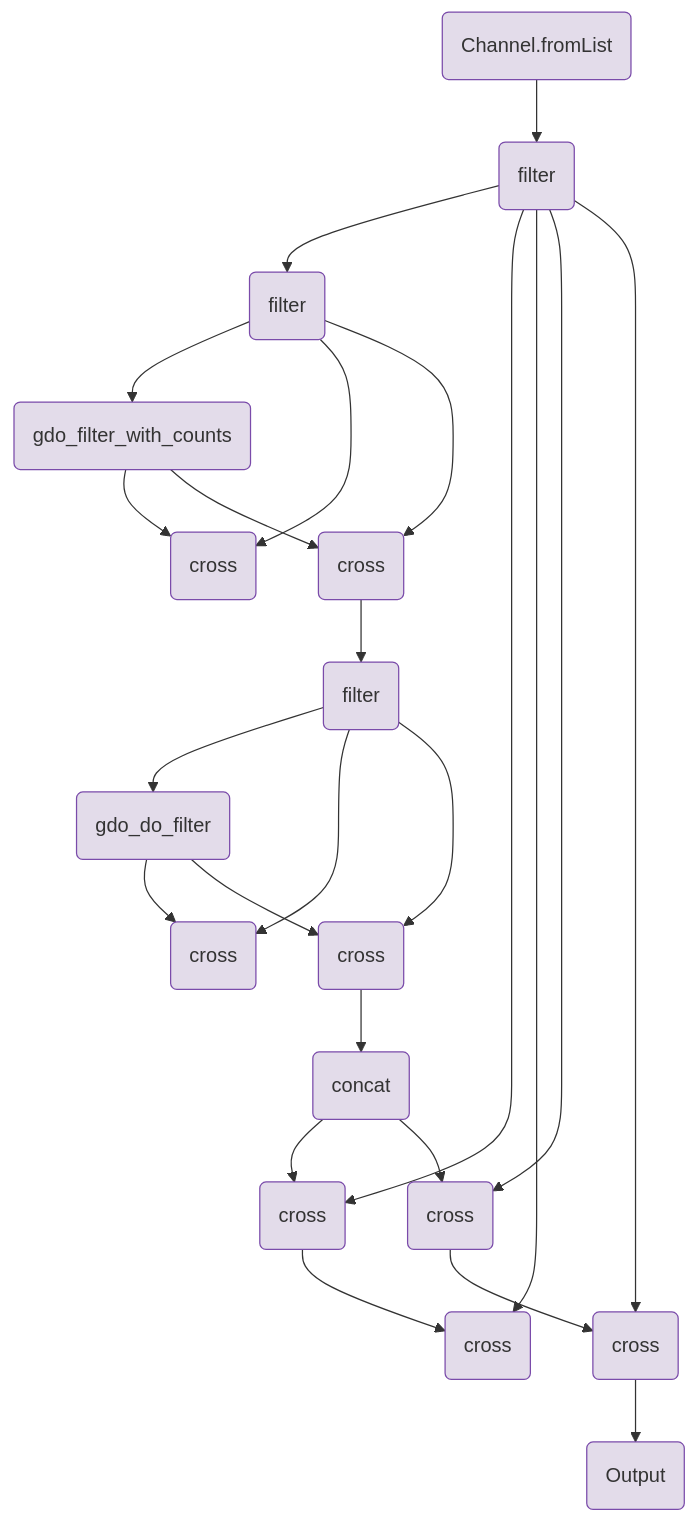
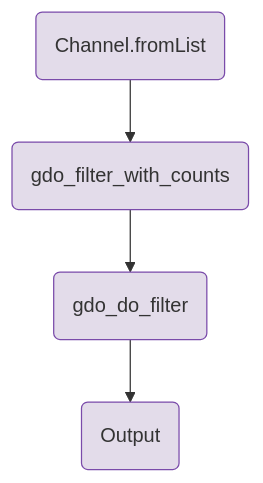
The diagram in components/workflows/gdo/gdo_singlesample.qmd (openpipelines-bio/website), drawn with Mermaid before and after one commit. The commit also changed other lines of this file and 144 other files, not shown here.

````diff
--- a/components/workflows/gdo/gdo_singlesample.qmd
+++ b/components/workflows/gdo/gdo_singlesample.qmd
@@ -113,59 +111,15 @@
 ```{mermaid}
 flowchart TB
     v0(Channel.fromList)
-    v2(filter)
-    v10(filter)
     v18(gdo_filter_with_counts)
-    v25(cross)
-    v35(cross)
-    v41(filter)
-    v71(concat)
-    v49(gdo_do_filter)
-    v56(cross)
-    v66(cross)
-    v78(cross)
-    v85(cross)
-    v97(cross)
-    v104(cross)
-    v108(Output)
-    v0-->v2
-    v2-->v10
-    v10-->v18
-    v18-->v25
-    v10-->v25
-    v10-->v35
-    v41-->v49
-    v49-->v56
-    v41-->v56
-    v41-->v66
-    v66-->v71
-    v71-->v78
-    v2-->v78
-    v78-->v85
-    v2-->v85
-    v2-->v97
-    v97-->v104
-    v2-->v104
-    v104-->v108
-    v35-->v41
-    v18-->v35
-    v49-->v66
-    v71-->v97
+    v38(gdo_do_filter)
+    v66(Output)
+    v0-->v18
+    v18-->v38
+    v38-->v66
     style v0 fill:#e3dcea,stroke:#7a4baa;
-    style v2 fill:#e3dcea,stroke:#7a4baa;
-    style v10 fill:#e3dcea,stroke:#7a4baa;
     style v18 fill:#e3dcea,stroke:#7a4baa;
-    style v25 fill:#e3dcea,stroke:#7a4baa;
-    style v35 fill:#e3dcea,stroke:#7a4baa;
-    style v41 fill:#e3dcea,stroke:#7a4baa;
-    style v71 fill:#e3dcea,stroke:#7a4baa;
-    style v49 fill:#e3dcea,stroke:#7a4baa;
-    style v56 fill:#e3dcea,stroke:#7a4baa;
+    style v38 fill:#e3dcea,stroke:#7a4baa;
     style v66 fill:#e3dcea,stroke:#7a4baa;
-    style v78 fill:#e3dcea,stroke:#7a4baa;
-    style v85 fill:#e3dcea,stroke:#7a4baa;
-    style v97 fill:#e3dcea,stroke:#7a4baa;
-    style v104 fill:#e3dcea,stroke:#7a4baa;
-    style v108 fill:#e3dcea,stroke:#7a4baa;
 
 ```
````
